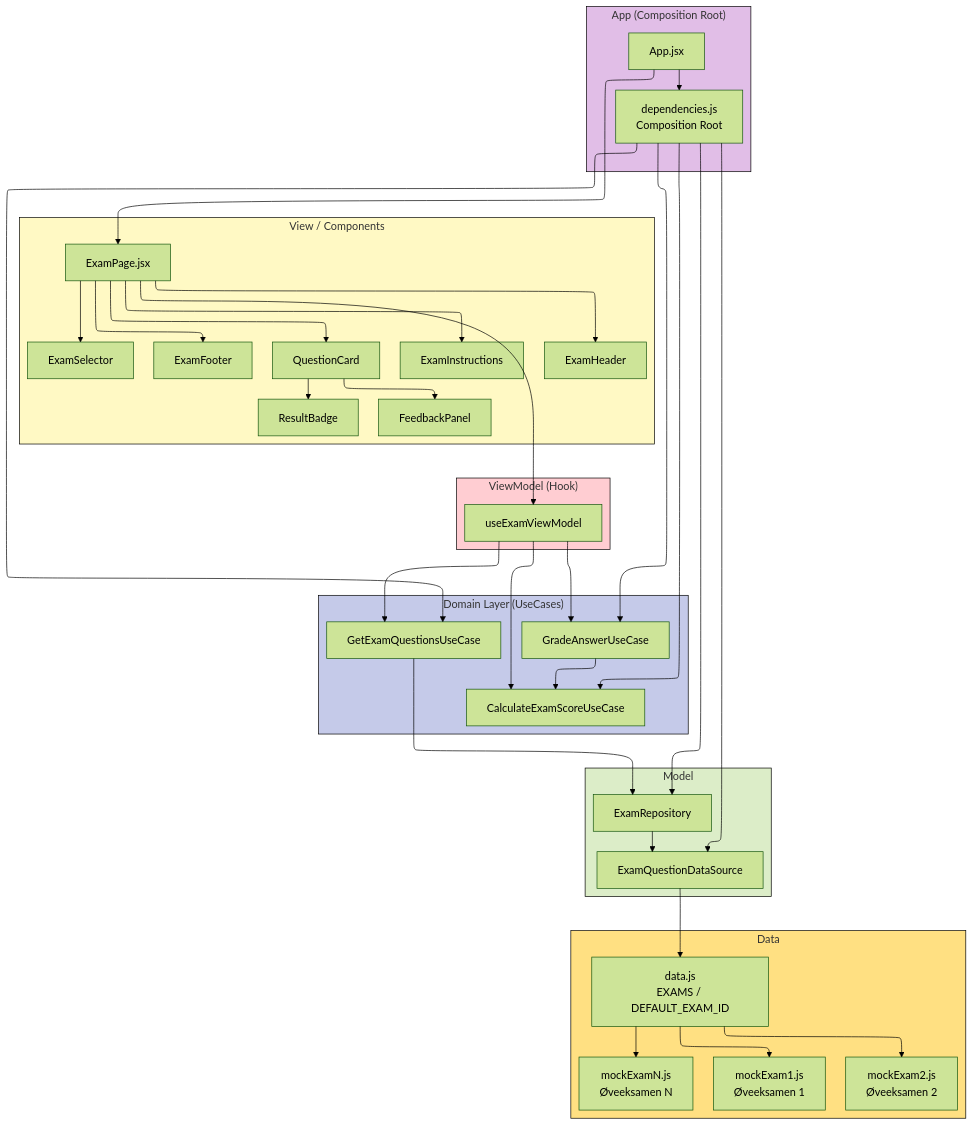
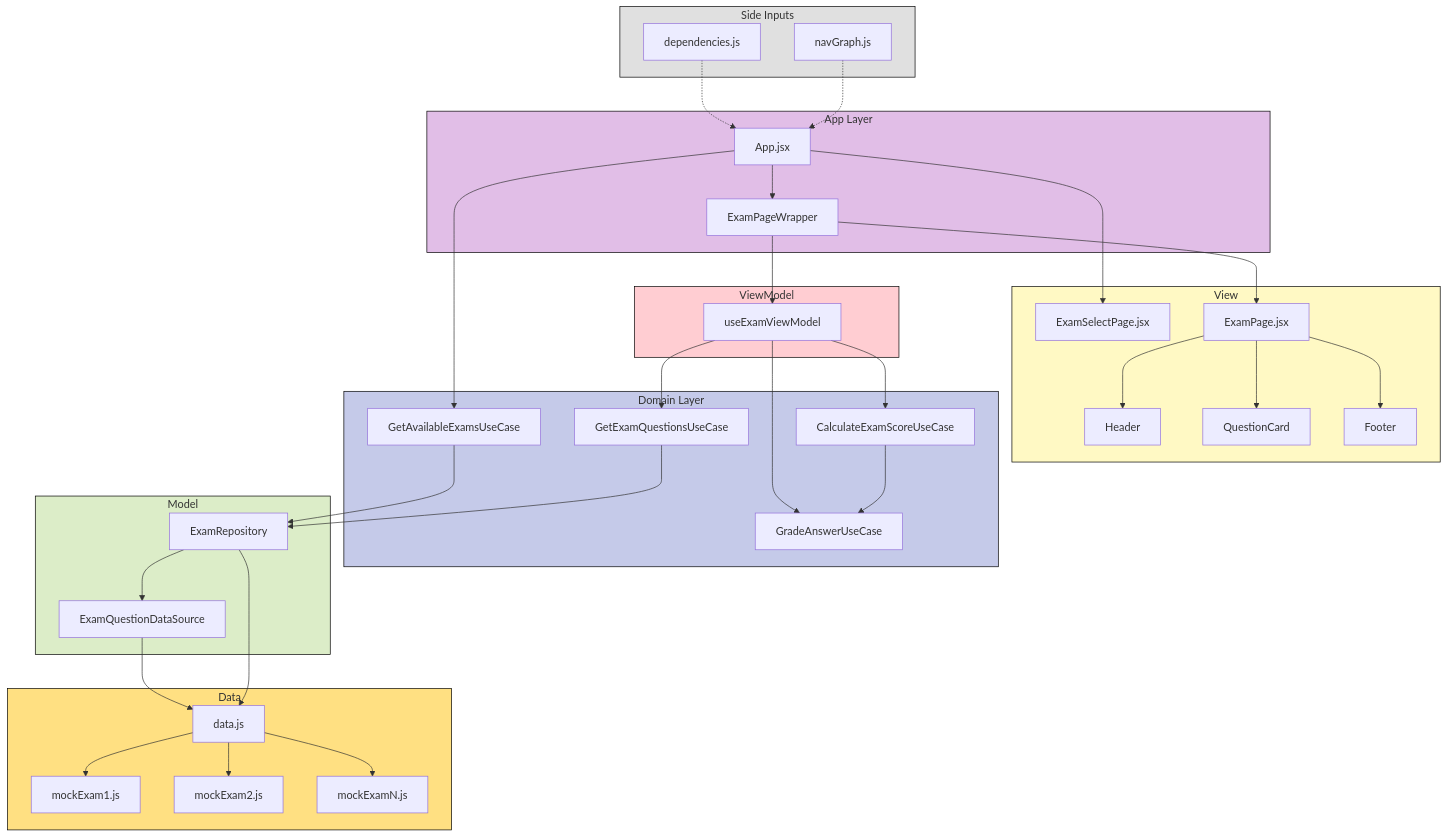
The diagram in README.md (FredrikVE/ExamPrepper), drawn with Mermaid before and after one commit.

Commit message:
Oppdater README

````diff
--- a/README.md
+++ b/README.md
@@ -152,86 +152,122 @@
 ```mermaid
----
-config:
-  layout: elk
-  elk:
-    mergeEdges: false
-    nodePlacementStrategy: NETWORK_SIMPLEX
-    cycleBreakingStrategy: DEPTH_FIRST
-    edgeRouting: ORTHOGONAL
-  theme: forest
----
 flowchart TB
 
 %% =========================
-%% APP LAYER (COMPOSITION ROOT)
+%% SIDE INPUTS
 %% =========================
-subgraph AppLayer["App (Composition Root)"]
-	App["App.jsx"]
-	DI["dependencies.js<br/>Composition Root"]
+subgraph SideInputs["Side Inputs"]
+    DI["dependencies.js"]
+    NavGraph["navGraph.js"]
+end
+
+%% =========================
+%% APP
+%% =========================
+subgraph AppLayer["App Layer"]
+    App["App.jsx"]
+    ExamPageWrapper["ExamPageWrapper"]
+end
+
+%% =========================
+%% VIEW
+%% =========================
+subgraph View["View"]
+    ExamSelectPage["ExamSelectPage.jsx"]
+    ExamPage["ExamPage.jsx"]
+    Header["Header"]
+    QuestionCard["QuestionCard"]
+    Footer["Footer"]
+end
+
+%% =========================
+%% VIEWMODEL
+%% =========================
+subgraph ViewModel["ViewModel"]
+    ExamVM["useExamViewModel"]
+end
+
+%% =========================
+%% DOMAIN
+%% =========================
+subgraph Domain["Domain Layer"]
+    GetAvailableExamsUC["GetAvailableExamsUseCase"]
+    GetExamQuestionsUC["GetExamQuestionsUseCase"]
+    GradeAnswerUC["GradeAnswerUseCase"]
+    CalculateScoreUC["CalculateExamScoreUseCase"]
+end
+
+%% =========================
+%% MODEL
+%% =========================
+subgraph Model["Model"]
+    Repo["ExamRepository"]
+    DS["ExamQuestionDataSource"]
 end
 
 %% =========================
 %% DATA
 %% =========================
 subgraph Data["Data"]
-	DataRegistry["data.js<br/>EXAMS / DEFAULT_EXAM_ID"]
-	MockExam1["mockExam1.js<br/>Øveeksamen 1"]
-	MockExam2["mockExam2.js<br/>Øveeksamen 2"]
-	MockExamN["mockExamN.js<br/>Øveeksamen N"]
+    DataRegistry["data.js"]
+    MockExam1["mockExam1.js"]
+    MockExam2["mockExam2.js"]
+    MockExamN["mockExamN.js"]
 end
 
 %% =========================
-%% MODEL
+%% SIDE INPUTS INTO APP
 %% =========================
-subgraph Model["Model"]
-	DS["ExamQuestionDataSource"]
-	Repo["ExamRepository"]
-end
+DI -.-> App
+NavGraph -.-> App
 
 %% =========================
-%% DOMAIN / USECASES
+%% APP FLOW
 %% =========================
-subgraph Domain["Domain Layer (UseCases)"]
-	GetQuestions["GetExamQuestionsUseCase"]
-	GradeAnswer["GradeAnswerUseCase"]
-	CalculateScore["CalculateExamScoreUseCase"]
-end
+App --> ExamSelectPage
+App --> ExamPageWrapper
 
 %% =========================
-%% VIEWMODEL (MVVM)
+%% EXAM SELECTION FLOW
 %% =========================
-subgraph ViewModel["ViewModel (Hook)"]
-	ExamVM["useExamViewModel"]
-end
+App --> GetAvailableExamsUC
+GetAvailableExamsUC --> Repo
 
 %% =========================
-%% VIEW
+%% EXAM PAGE FLOW
 %% =========================
-subgraph View["View / Components"]
-	ExamPage["ExamPage.jsx"]
-	Header["ExamHeader"]
-	Instructions["ExamInstructions"]
-	ExamSelector["ExamSelector"]
-	QuestionCard["QuestionCard"]
-	Feedback["FeedbackPanel"]
-	Badge["ResultBadge"]
-	Footer["ExamFooter"]
-end
+ExamPageWrapper --> ExamVM
+ExamPageWrapper --> ExamPage
 
 %% =========================
-%% APP CONNECTIONS
+%% VIEW COMPOSITION
 %% =========================
-App --> DI
-App --> ExamPage
+ExamPage --> Header
+ExamPage --> QuestionCard
+ExamPage --> Footer
 
 %% =========================
-%% COMPOSITION ROOT → DEPENDENCIES
+%% MVVM FLOW
 %% =========================
-DI --> DS
-DI --> Repo
-DI --> GetQuestions
-DI --> GradeAnswer
-DI --> CalculateScore
+ExamVM --> GetExamQuestionsUC
+ExamVM --> GradeAnswerUC
+ExamVM --> CalculateScoreUC
+
+%% =========================
+%% DOMAIN INTERNAL
+%% =========================
+CalculateScoreUC --> GradeAnswerUC
+
+%% =========================
+%% DOMAIN TO MODEL
+%% =========================
+GetExamQuestionsUC --> Repo
+
+%% =========================
+%% MODEL TO DATA
+%% =========================
+Repo --> DS
+DS --> DataRegistry
+Repo --> DataRegistry
 
 %% =========================
 %% DATA REGISTRY
@@ -241,52 +277,13 @@
 DataRegistry --> MockExamN
 
 %% =========================
-%% MODEL → DATA
-%% =========================
-DS --> DataRegistry
-Repo --> DS
-
-%% =========================
-%% DOMAIN → MODEL
-%% =========================
-GetQuestions --> Repo
-
-%% =========================
-%% VIEWMODEL → DOMAIN
-%% =========================
-ExamVM --> GetQuestions
-ExamVM --> GradeAnswer
-ExamVM --> CalculateScore
-
-%% =========================
-%% DOMAIN INTERNAL FLOW
-%% =========================
-GradeAnswer --> CalculateScore
-
-%% =========================
-%% VIEW → VIEWMODEL
-%% =========================
-ExamPage --> ExamVM
-
-%% =========================
-%% VIEW COMPOSITION
-%% =========================
-ExamPage --> Header
-ExamPage --> Instructions
-ExamPage --> ExamSelector
-ExamPage --> QuestionCard
-ExamPage --> Footer
-
-QuestionCard --> Feedback
-QuestionCard --> Badge
-
-%% =========================
 %% STYLING
 %% =========================
+style SideInputs stroke:#000000,fill:#E0E0E0
 style AppLayer stroke:#000000,fill:#E1BEE7
+style View stroke:#000000,fill:#FFF9C4
+style ViewModel stroke:#000000,fill:#FFCDD2
+style Domain stroke:#000000,fill:#C5CAE9
+style Model stroke:#000000,fill:#DCEDC8
 style Data stroke:#000000,fill:#FFE082
-style Model stroke:#000000,fill:#DCEDC8
-style Domain stroke:#000000,fill:#C5CAE9
-style ViewModel stroke:#000000,fill:#FFCDD2
-style View stroke:#000000,fill:#FFF9C4
 ```
````
